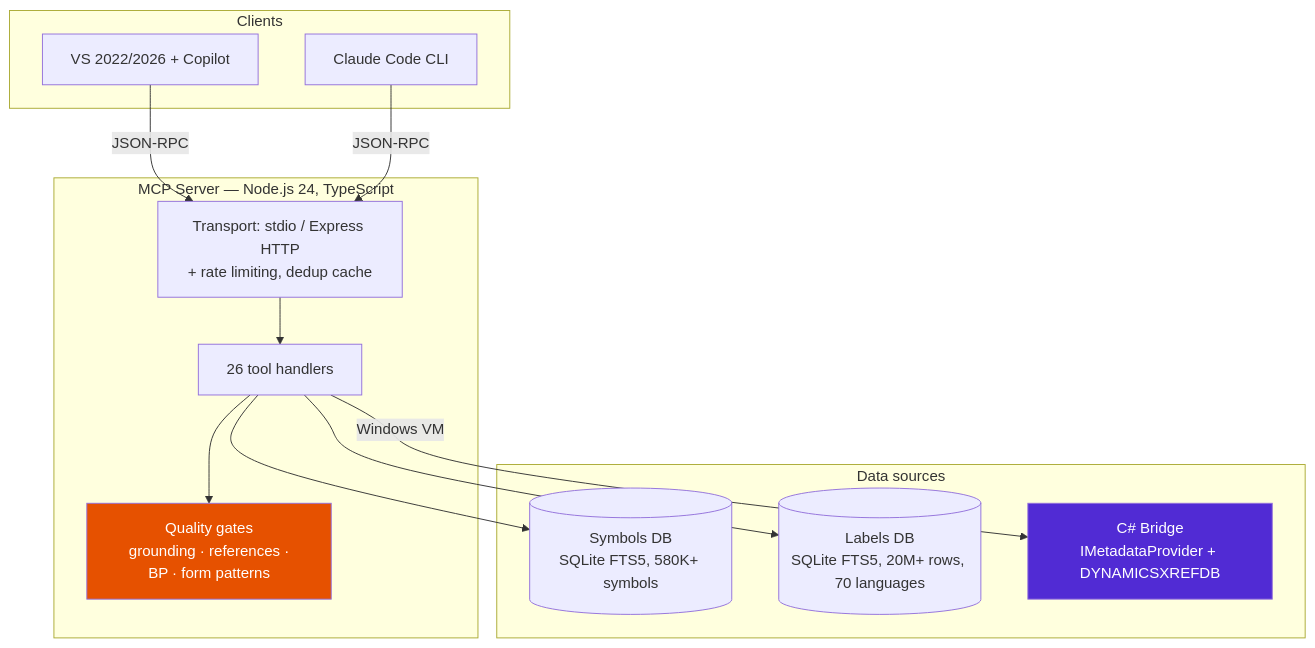
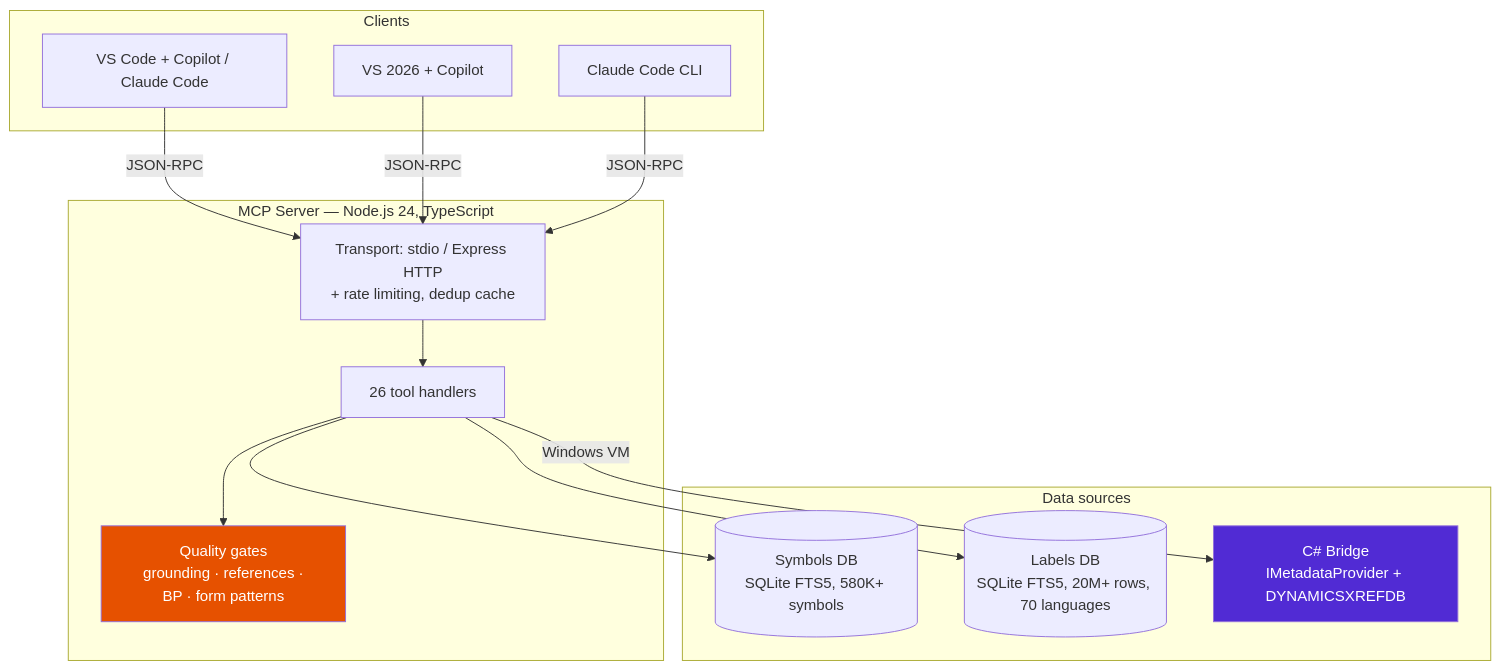
One commit to dynamics365ninja/d365fo-mcp-server changed the first of 6 diagrams in docs/ARCHITECTURE.md. Above: the diagram before and after it, drawn with Mermaid. The commit also changed 1 other file, not shown here.

First paragraph of the commit message:
docs(diagram): fix the clients arrow z-order, drop VS 2022, add VS Code
Two fixes to the CLIENTS side of the architecture diagram.

````diff
--- a/docs/ARCHITECTURE.md
+++ b/docs/ARCHITECTURE.md
@@ -9,27 +9,28 @@
 ```mermaid
 graph TB
     subgraph Clients
-        VS[VS 2022/2026 + Copilot]
+        VSC[VS Code + Copilot / Claude Code]
+        VS[VS 2026 + Copilot]
         CC[Claude Code CLI]
     end
 
     subgraph "MCP Server — Node.js 24, TypeScript"
         TRANSPORT[Transport: stdio / Express HTTP\n+ rate limiting, dedup cache]
         TOOLS[26 tool handlers]
         GATES[Quality gates\n grounding · references · BP · form patterns]
     end
 
     subgraph "Data sources"
         DB[(Symbols DB\nSQLite FTS5, 580K+ symbols)]
         LDB[(Labels DB\nSQLite FTS5, 20M+ rows, 70 languages)]
         BRIDGE[C# Bridge\nIMetadataProvider + DYNAMICSXREFDB]
     end
 
-    VS & CC -->|JSON-RPC| TRANSPORT --> TOOLS
+    VSC & VS & CC -->|JSON-RPC| TRANSPORT --> TOOLS
     TOOLS --> GATES
     TOOLS --> DB & LDB
     TOOLS -->|Windows VM| BRIDGE
 
     style BRIDGE fill:#512BD4,color:#fff
     style GATES fill:#E65100,color:#fff
 ```
````
